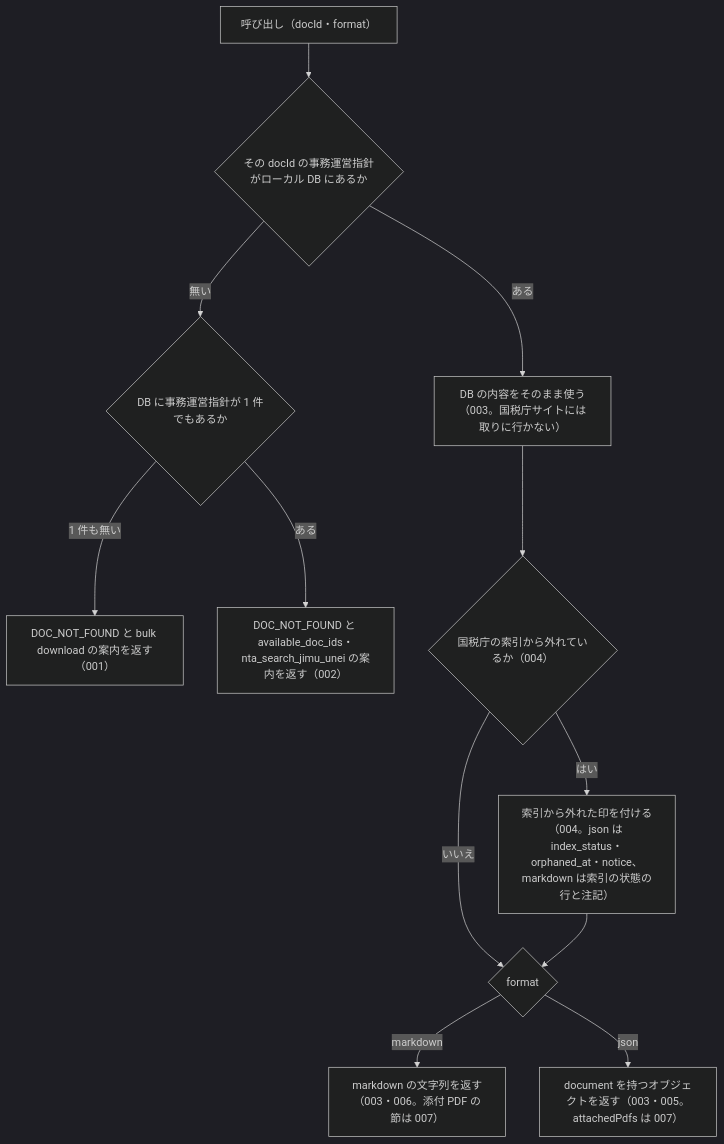
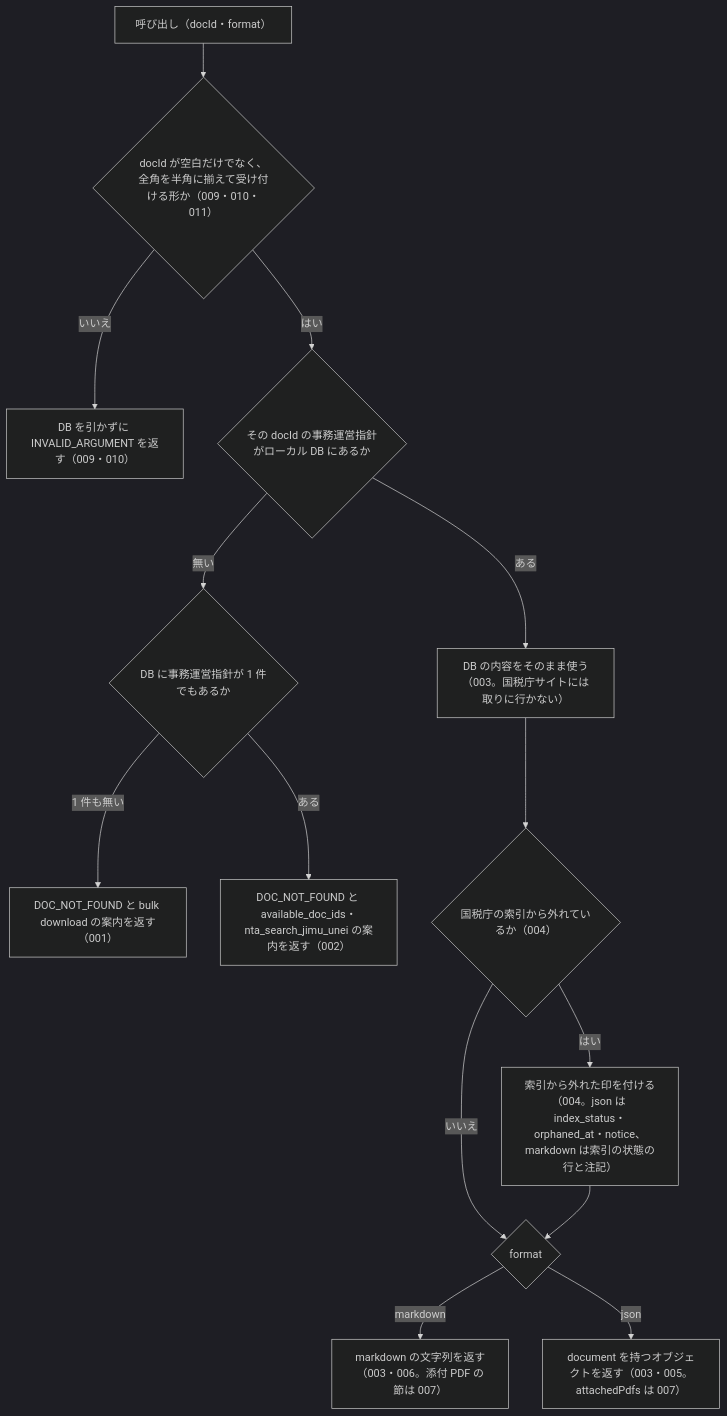
One commit to shuji-bonji/houki-nta-mcp changed the diagram in specs/current/nta_get_jimu_unei/spec.md. Above: the diagram before and after it, drawn with Mermaid (dark theme). The commit also changed 13 other files, not shown here.

````diff
--- a/specs/current/nta_get_jimu_unei/spec.md
+++ b/specs/current/nta_get_jimu_unei/spec.md
@@ -28,14 +28,16 @@
 ```mermaid
 flowchart TD
-  A["呼び出し（docId・format）"] --> B{"その docId の事務運営指針がローカル DB にあるか"}
+  A["呼び出し（docId・format）"] --> W{"docId が空白だけでなく、全角を半角に揃えて受け付ける形か（009・010・011）"}
+  W -- いいえ --> E0["DB を引かずに INVALID_ARGUMENT を返す（009・010）"]
+  W -- はい --> B{"その docId の事務運営指針がローカル DB にあるか"}
   B -- 無い --> D{"DB に事務運営指針が 1 件でもあるか"}
   D -- 1 件も無い --> E1["DOC_NOT_FOUND と bulk download の案内を返す（001）"]
   D -- ある --> E2["DOC_NOT_FOUND と available_doc_ids・nta_search_jimu_unei の案内を返す（002）"]
   B -- ある --> C["DB の内容をそのまま使う（003。国税庁サイトには取りに行かない）"]
   C --> F{"国税庁の索引から外れているか（004）"}
   F -- はい --> G["索引から外れた印を付ける（004。json は index_status・orphaned_at・notice、markdown は索引の状態の行と注記）"]
   F -- いいえ --> H{"format"}
   G --> H
   H -- markdown --> I["markdown の文字列を返す（003・006。添付 PDF の節は 007）"]
   H -- json --> J["document を持つオブジェクトを返す（003・005。attachedPdfs は 007）"]
 ```
````
